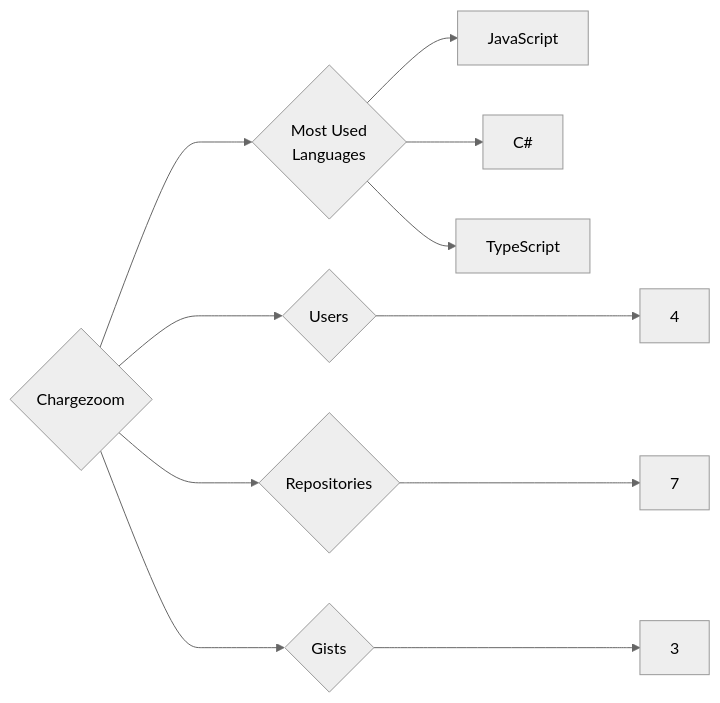
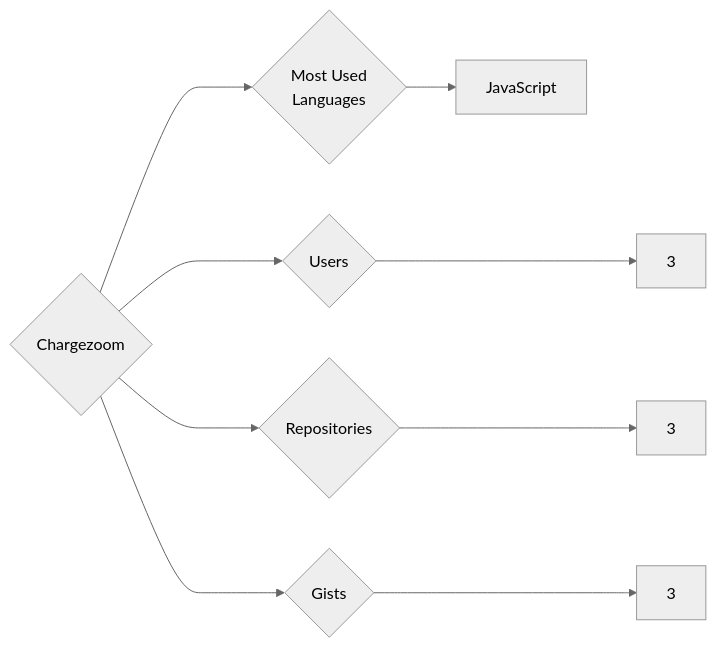
The diagram in targets/Chargezoom/README.md (trickest/insiders), drawn with Mermaid (neutral theme) before and after one commit. The commit also changed 1023 other files, not shown here.

````diff
--- a/targets/Chargezoom/README.md
+++ b/targets/Chargezoom/README.md
@@ -3,11 +3,9 @@
 ```mermaid
 graph LR
 COMPANY_NAME{Chargezoom}
-COMPANY_NAME ---> U{Users} ---> UN[4]
-COMPANY_NAME ---> R{Repositories} ---> RN[7]
+COMPANY_NAME ---> U{Users} ---> UN[3]
+COMPANY_NAME ---> R{Repositories} ---> RN[3]
 COMPANY_NAME ---> G{Gists} ---> GN[3]
 COMPANY_NAME ---> ML{Most Used<br>Languages}
 ML --> JavaScript[JavaScript]
-ML --> C#[C#]
-ML --> TypeScript[TypeScript]
 ```
````
